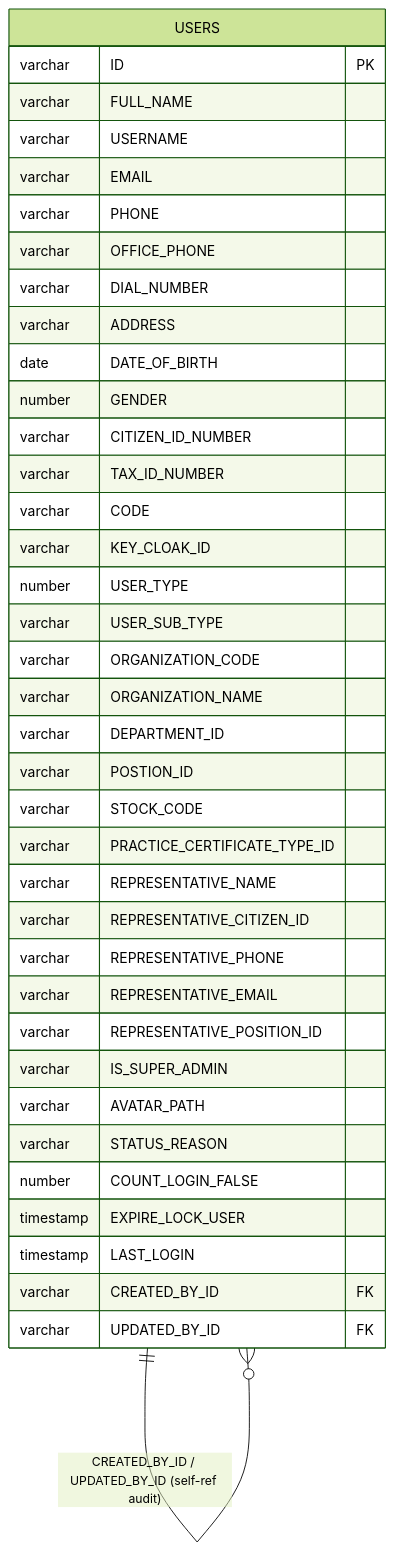
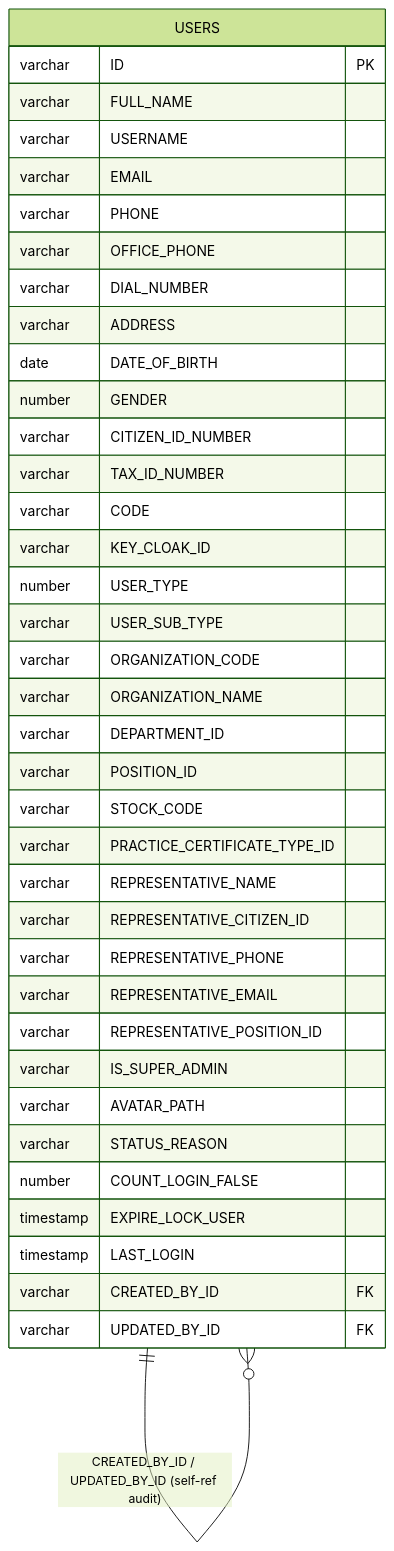
One commit to linhlvit/ubck_atomic_design changed the first of 2 diagrams in DataModel/working/Atomic/hld/IAM_HLD_Tier1.md. Above: the diagram before and after it, drawn with Mermaid (forest theme). The commit also changed other lines of this file and 34 other files, not shown here.

````diff
--- a/DataModel/working/Atomic/hld/IAM_HLD_Tier1.md
+++ b/DataModel/working/Atomic/hld/IAM_HLD_Tier1.md
@@ -21,42 +21,42 @@
 ```mermaid
 erDiagram
     USERS {
         varchar ID PK
         varchar FULL_NAME
         varchar USERNAME
         varchar EMAIL
         varchar PHONE
         varchar OFFICE_PHONE
         varchar DIAL_NUMBER
         varchar ADDRESS
         date DATE_OF_BIRTH
         number GENDER
         varchar CITIZEN_ID_NUMBER
         varchar TAX_ID_NUMBER
         varchar CODE
         varchar KEY_CLOAK_ID
         number USER_TYPE
         varchar USER_SUB_TYPE
         varchar ORGANIZATION_CODE
         varchar ORGANIZATION_NAME
         varchar DEPARTMENT_ID
-        varchar POSTION_ID
+        varchar POSITION_ID
         varchar STOCK_CODE
         varchar PRACTICE_CERTIFICATE_TYPE_ID
         varchar REPRESENTATIVE_NAME
         varchar REPRESENTATIVE_CITIZEN_ID
         varchar REPRESENTATIVE_PHONE
         varchar REPRESENTATIVE_EMAIL
         varchar REPRESENTATIVE_POSITION_ID
         varchar IS_SUPER_ADMIN
         varchar AVATAR_PATH
         varchar STATUS_REASON
         number COUNT_LOGIN_FALSE
         timestamp EXPIRE_LOCK_USER
         timestamp LAST_LOGIN
         varchar CREATED_BY_ID FK
         varchar UPDATED_BY_ID FK
     }
 
     USERS ||--o{ USERS : "CREATED_BY_ID / UPDATED_BY_ID (self-ref audit)"
 ```
````
